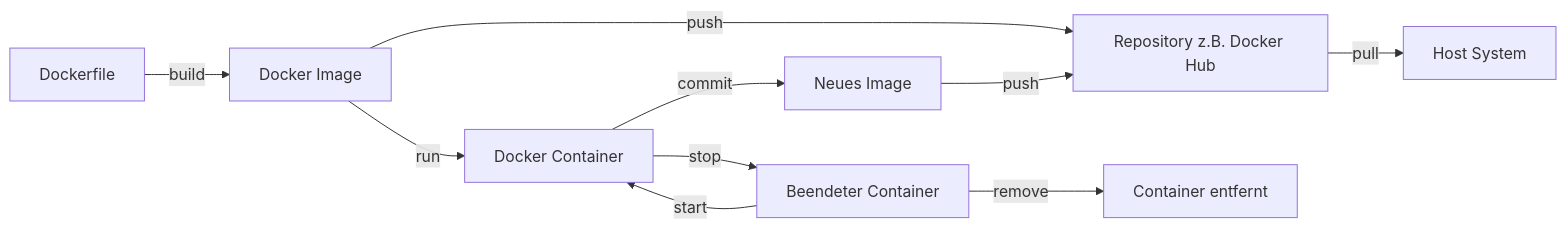
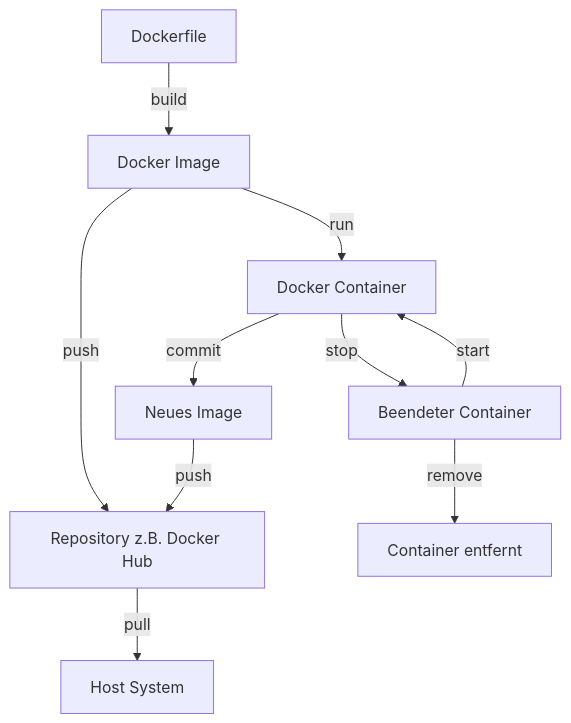
Before and after one commit to kevinsuelzle/Python_Wiki: the diagram in docs/lehrplan/docker/docker_images_und_container.md, drawn with Mermaid. The commit also changed other lines of this file and 16 other files, not shown here.

````diff
--- a/docs/lehrplan/docker/docker_images_und_container.md
+++ b/docs/lehrplan/docker/docker_images_und_container.md
@@ -5,12 +5,12 @@
 ```mermaid
-graph LR
+graph TD
     A[Dockerfile] -->|build| B[Docker Image]
     B -->|push| C[Repository z.B. Docker Hub]
     C -->|pull| D[Host System]
     B -->|run| E[Docker Container]
     E -->|stop| F[Beendeter Container]
     F -->|start| E
     F -->|remove| G[Container entfernt]
     E -->|commit| H[Neues Image]
     H -->|push| C
 ```
````
